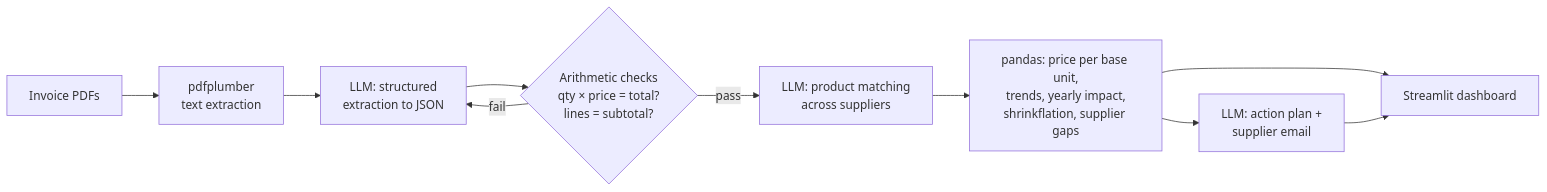
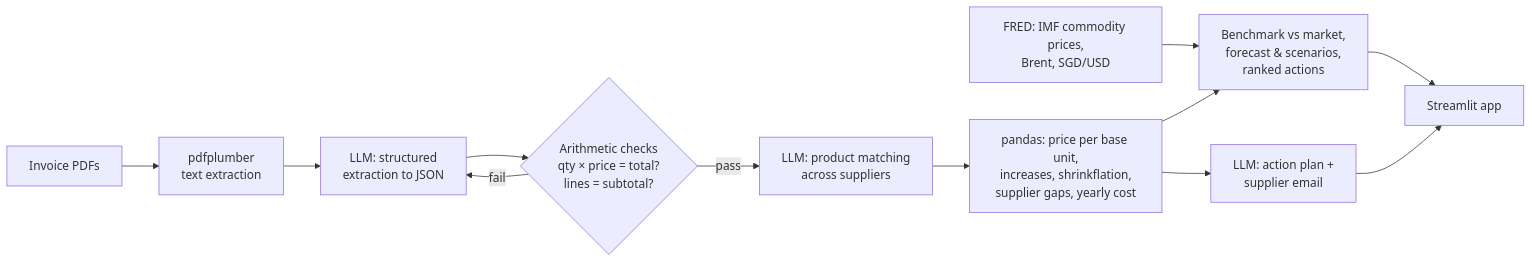
The diagram in README.md (dqnishhh2601/marginguard), drawn with Mermaid before and after one commit. The commit also changed other lines of this file and 16 other files, not shown here.

````diff
--- a/README.md
+++ b/README.md
@@ -37,12 +51,14 @@
 ```mermaid
 flowchart LR
     A[Invoice PDFs] --> B[pdfplumber<br/>text extraction]
     B --> C[LLM: structured<br/>extraction to JSON]
     C --> D{Arithmetic checks<br/>qty × price = total?<br/>lines = subtotal?}
     D -- fail --> C
     D -- pass --> E[LLM: product matching<br/>across suppliers]
-    E --> F[pandas: price per base unit,<br/>trends, yearly impact,<br/>shrinkflation, supplier gaps]
-    F --> G[LLM: action plan +<br/>supplier email]
-    F --> H[Streamlit dashboard]
-    G --> H
+    E --> F[pandas: price per base unit,<br/>increases, shrinkflation,<br/>supplier gaps, yearly cost]
+    M[FRED: IMF commodity prices,<br/>Brent, SGD/USD] --> G
+    F --> G[Benchmark vs market,<br/>forecast & scenarios,<br/>ranked actions]
+    F --> L[LLM: action plan +<br/>supplier email]
+    G --> H[Streamlit app]
+    L --> H
 ```
````
